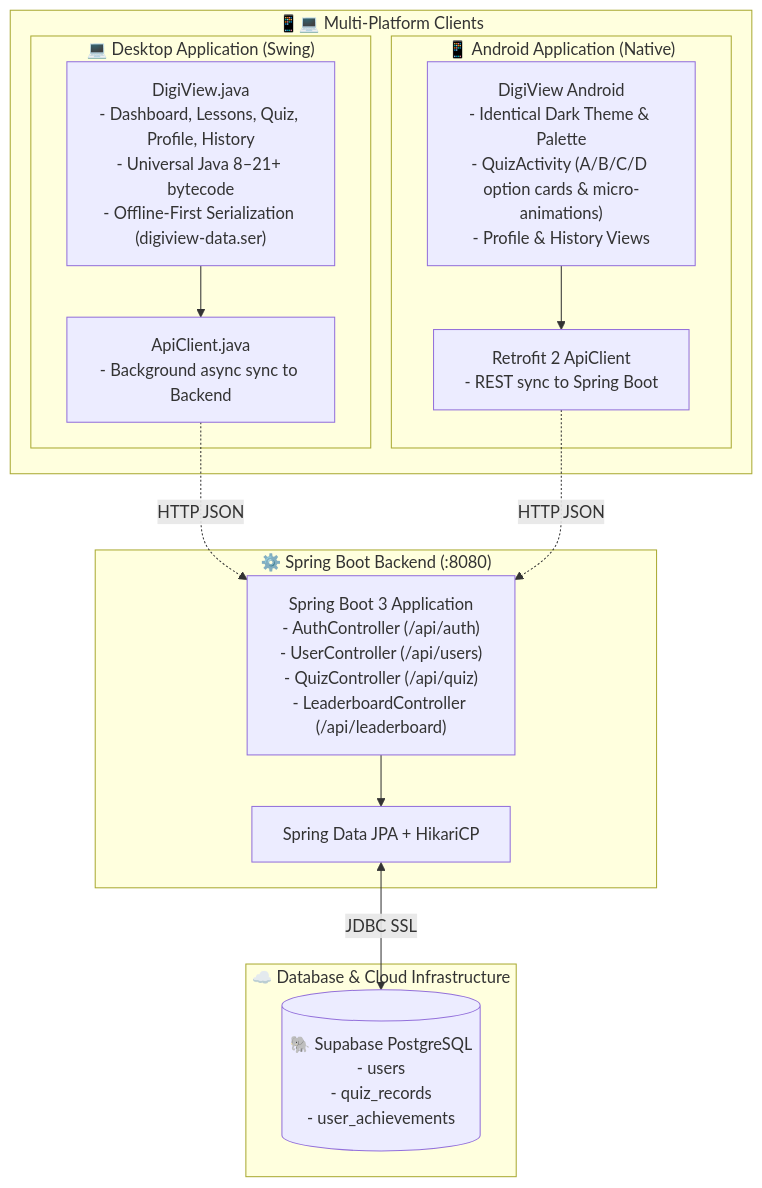
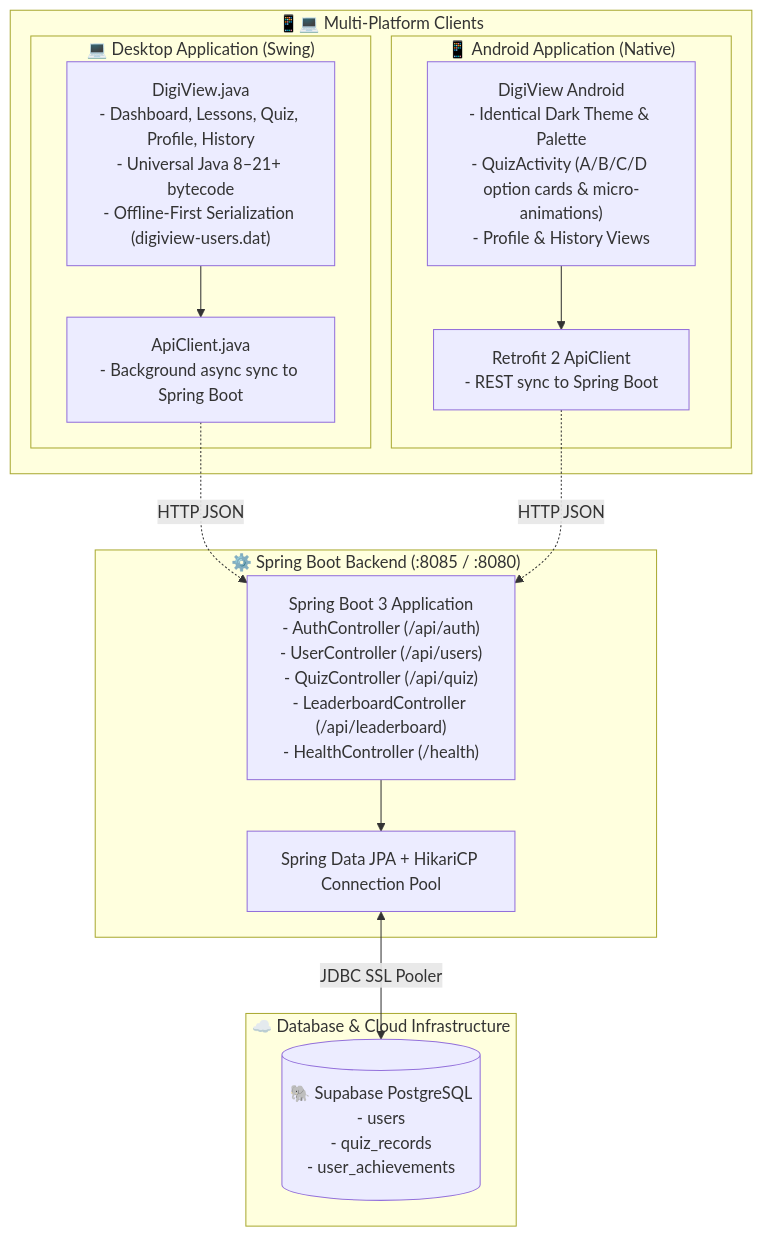
The diagram in PROJECT_STRUCTURE.md (jacobayuban21-cob/Digi_View_System), drawn with Mermaid before and after one commit. The commit also changed other lines of this file, not shown here.

````diff
--- a/PROJECT_STRUCTURE.md
+++ b/PROJECT_STRUCTURE.md
@@ -9,30 +9,30 @@
 ```mermaid
 graph TB
     subgraph Cloud["☁️ Database & Cloud Infrastructure"]
         Supabase[("🐘 Supabase PostgreSQL\n- users\n- quiz_records\n- user_achievements")]
     end
 
-    subgraph BackendLayer["⚙️ Spring Boot Backend (:8080)"]
-        Server["Spring Boot 3 Application\n- AuthController (/api/auth)\n- UserController (/api/users)\n- QuizController (/api/quiz)\n- LeaderboardController (/api/leaderboard)"]
-        JPA["Spring Data JPA + HikariCP"]
+    subgraph BackendLayer["⚙️ Spring Boot Backend (:8085 / :8080)"]
+        Server["Spring Boot 3 Application\n- AuthController (/api/auth)\n- UserController (/api/users)\n- QuizController (/api/quiz)\n- LeaderboardController (/api/leaderboard)\n- HealthController (/health)"]
+        JPA["Spring Data JPA + HikariCP Connection Pool"]
         Server --> JPA
-        JPA <-->|JDBC SSL| Supabase
+        JPA <-->|JDBC SSL Pooler| Supabase
     end
 
     subgraph Clients["📱💻 Multi-Platform Clients"]
         subgraph Desktop["💻 Desktop Application (Swing)"]
-            DesktopApp["DigiView.java\n- Dashboard, Lessons, Quiz, Profile, History\n- Universal Java 8–21+ bytecode\n- Offline-First Serialization (digiview-data.ser)"]
-            DesktopSync["ApiClient.java\n- Background async sync to Backend"]
+            DesktopApp["DigiView.java\n- Dashboard, Lessons, Quiz, Profile, History\n- Universal Java 8–21+ bytecode\n- Offline-First Serialization (digiview-users.dat)"]
+            DesktopSync["ApiClient.java\n- Background async sync to Spring Boot"]
             DesktopApp --> DesktopSync
         end
 
         subgraph Android["📱 Android Application (Native)"]
             AndroidApp["DigiView Android\n- Identical Dark Theme & Palette\n- QuizActivity (A/B/C/D option cards & micro-animations)\n- Profile & History Views"]
             AndroidRetrofit["Retrofit 2 ApiClient\n- REST sync to Spring Boot"]
             AndroidApp --> AndroidRetrofit
         end
     end
 
     DesktopSync -.->|HTTP JSON| Server
     AndroidRetrofit -.->|HTTP JSON| Server
 ```
````
